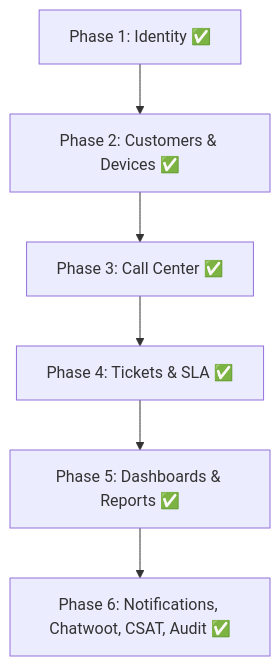
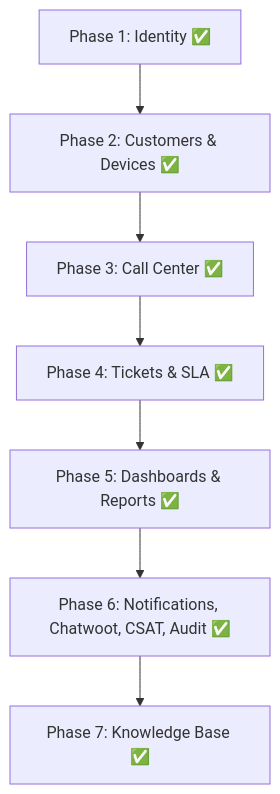
Before and after one commit to Amr-Walid/crm: the diagram in project_audit_report.md, drawn with Mermaid. The commit also changed other lines of this file, not shown here.

Commit message:
docs: update requirements mapping flowchart with Phase 7 in project_audit_report.md

````diff
--- a/project_audit_report.md
+++ b/project_audit_report.md
@@ -139,8 +139,9 @@
 ```mermaid
 flowchart TD
     P1[Phase 1: Identity ✅] --> P2[Phase 2: Customers & Devices ✅]
     P2 --> P3[Phase 3: Call Center ✅]
     P3 --> P4[Phase 4: Tickets & SLA ✅]
     P4 --> P5[Phase 5: Dashboards & Reports ✅]
     P5 --> P6[Phase 6: Notifications, Chatwoot, CSAT, Audit ✅]
+    P6 --> P7[Phase 7: Knowledge Base ✅]
 ```
````
